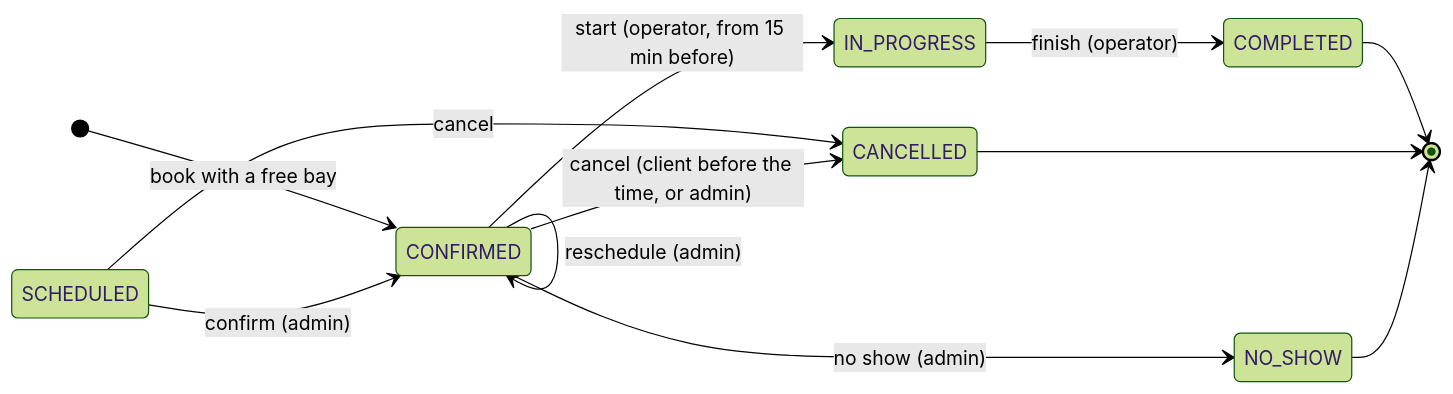
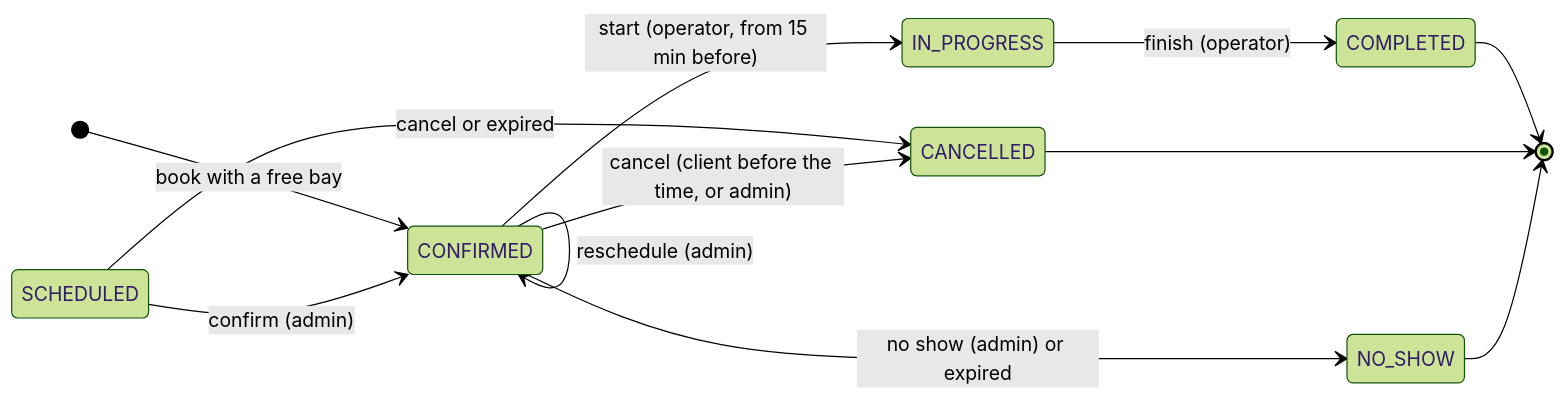
One commit to BrayanCABRERA123/lavarapido-docs changed the second of 2 diagrams in 09_MANUALES/EN/MD/technical-manual.md. Above: the diagram before and after it, drawn with Mermaid (forest theme). The commit also changed other lines of this file, not shown here.

````diff
--- a/09_MANUALES/EN/MD/technical-manual.md
+++ b/09_MANUALES/EN/MD/technical-manual.md
@@ -877,15 +884,15 @@
 ```mermaid
 stateDiagram-v2
     direction LR
     [*] --> CONFIRMED : book with a free bay
     SCHEDULED --> CONFIRMED : confirm (admin)
-    SCHEDULED --> CANCELLED : cancel
+    SCHEDULED --> CANCELLED : cancel or expired
     CONFIRMED --> CONFIRMED : reschedule (admin)
     CONFIRMED --> IN_PROGRESS : start (operator, from 15 min before)
     CONFIRMED --> CANCELLED : cancel (client before the time, or admin)
-    CONFIRMED --> NO_SHOW : no show (admin)
+    CONFIRMED --> NO_SHOW : no show (admin) or expired
     IN_PROGRESS --> COMPLETED : finish (operator)
     COMPLETED --> [*]
     CANCELLED --> [*]
     NO_SHOW --> [*]
 ```
````
